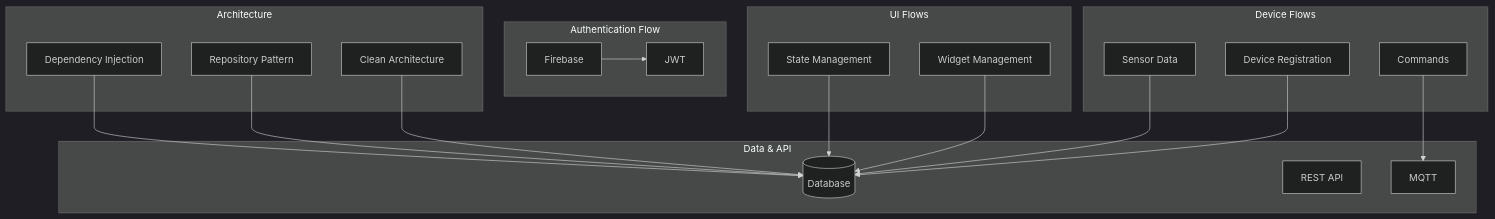
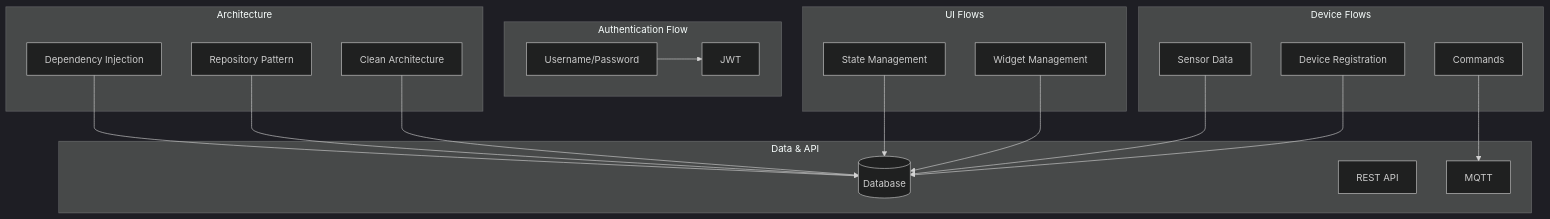
The first of 6 diagrams in docs/architecture/data-flows.md (sunmodza/pm_docs), drawn with Mermaid (dark theme) before and after one commit. The commit also changed other lines of this file and 7 other files, not shown here.

````diff
--- a/docs/architecture/data-flows.md
+++ b/docs/architecture/data-flows.md
@@ -13,40 +13,40 @@
 ```mermaid
 graph TB
     subgraph "Authentication Flow"
-        A1[Firebase]
+        A1[Username/Password]
         A2[JWT]
     end
 
     subgraph "Device Flows"
         D1[Device Registration]
         D2[Sensor Data]
         D3[Commands]
     end
 
     subgraph "UI Flows"
         U1[Widget Management]
         U2[State Management]
     end
 
     subgraph "Architecture"
         AR1[Clean Architecture]
         AR2[Repository Pattern]
         AR3[Dependency Injection]
     end
 
     subgraph "Data & API"
         DB[(Database)]
         API[REST API]
         MQTT[MQTT]
     end
 
     A1 --> A2
     D1 --> DB
     D2 --> DB
     D3 --> MQTT
     U1 --> DB
     U2 --> DB
     AR1 --> DB
     AR2 --> DB
     AR3 --> DB
 ```
````
